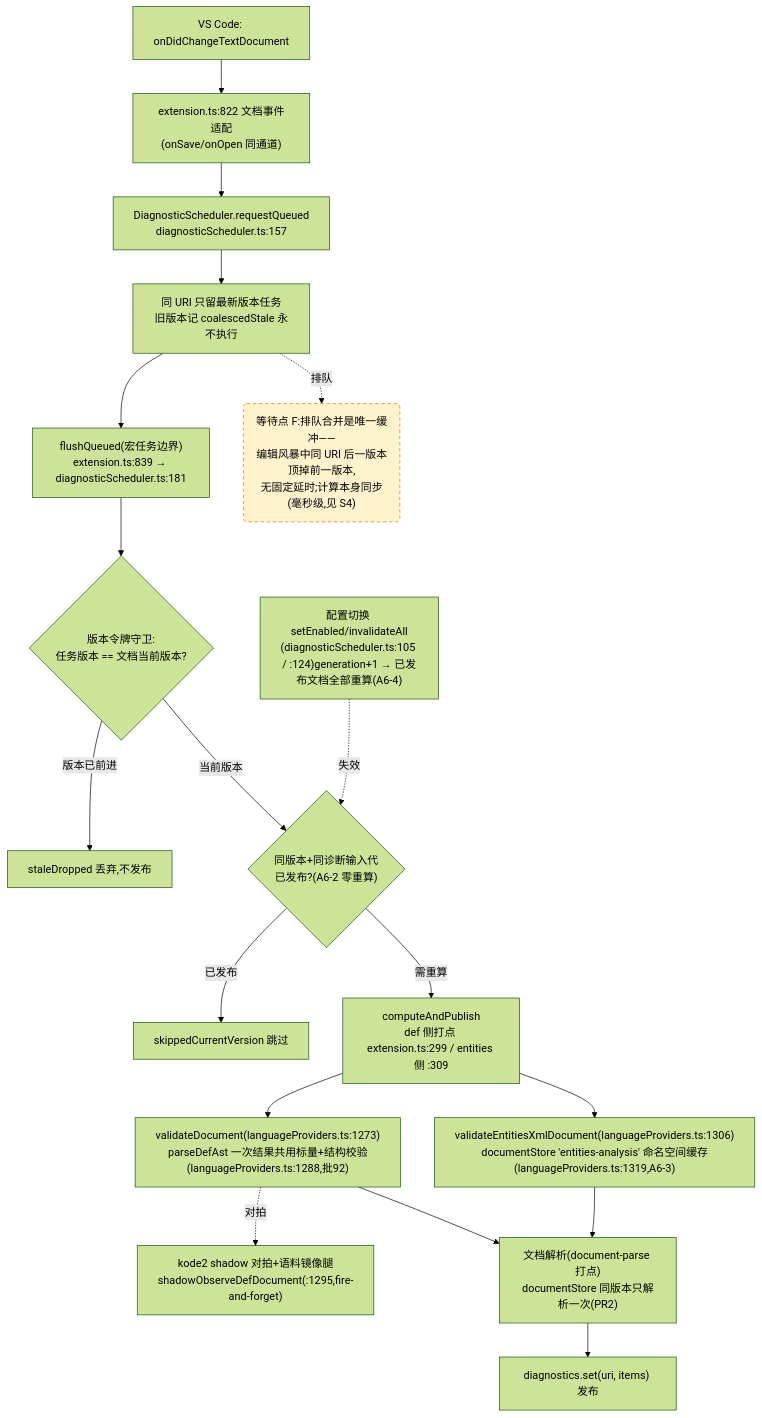
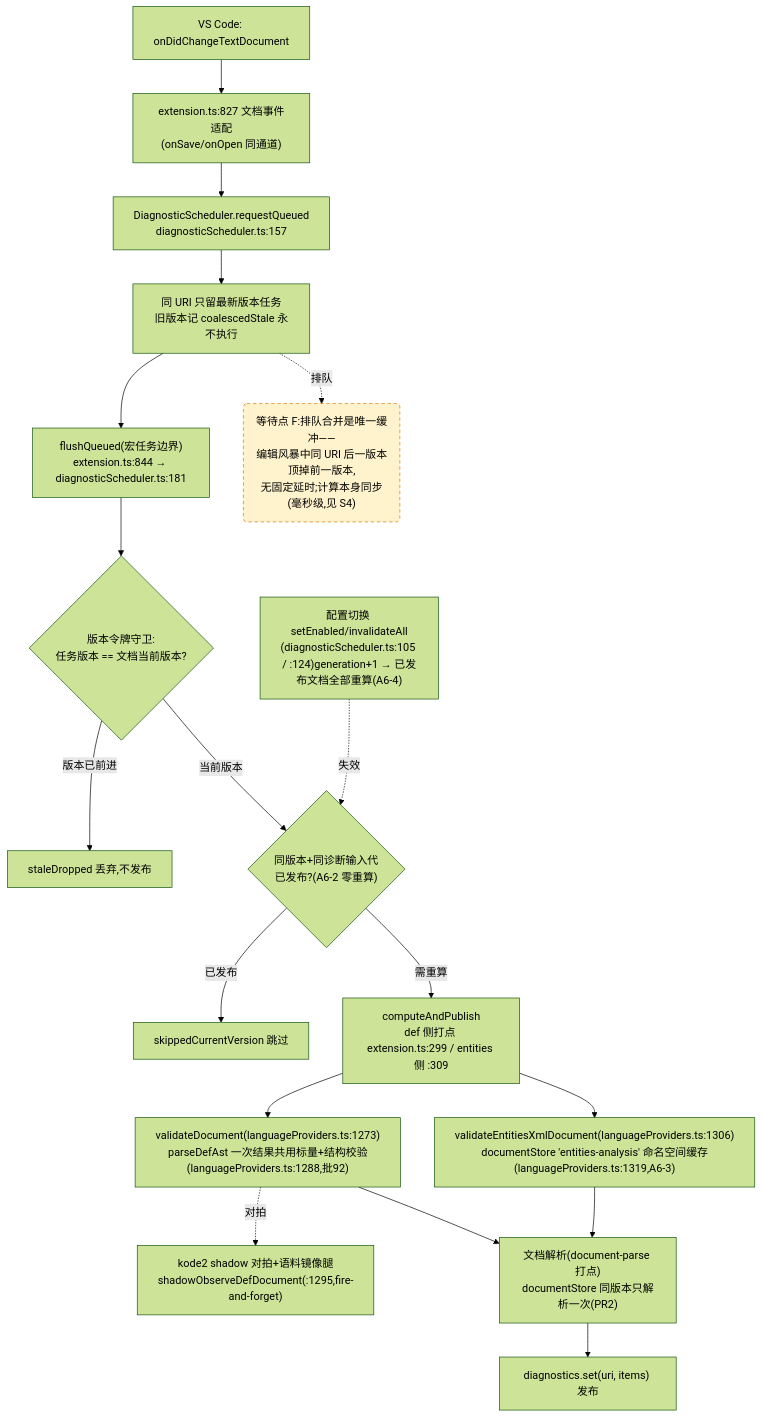
The fourth of 4 diagrams in docs/perf/2026-baseline.md (cuihairu/kode), drawn with Mermaid (forest theme) before and after one commit. The commit also changed 5 other files, not shown here.

````diff
--- a/docs/perf/2026-baseline.md
+++ b/docs/perf/2026-baseline.md
@@ -214,38 +214,38 @@
 ```mermaid
 flowchart TD
   CHG["VS Code: onDidChangeTextDocument"]
-  WATCH["extension.ts:822 文档事件适配<br/>(onSave/onOpen 同通道)"]
+  WATCH["extension.ts:827 文档事件适配<br/>(onSave/onOpen 同通道)"]
   RQ["DiagnosticScheduler.requestQueued<br/>diagnosticScheduler.ts:157"]
   CO["同 URI 只留最新版本任务<br/>旧版本记 coalescedStale 永不执行"]
-  FL["flushQueued(宏任务边界)<br/>extension.ts:839 → diagnosticScheduler.ts:181"]
+  FL["flushQueued(宏任务边界)<br/>extension.ts:844 → diagnosticScheduler.ts:181"]
   VG{"版本令牌守卫:<br/>任务版本 == 文档当前版本?"}
   DROP["staleDropped 丢弃,不发布"]
   GEN{"同版本+同诊断输入代<br/>已发布?(A6-2 零重算)"}
   SKIP["skippedCurrentVersion 跳过"]
   CALC["computeAndPublish<br/>def 侧打点 extension.ts:299 / entities 侧 :309"]
   VD["validateDocument(languageProviders.ts:1273)<br/>parseDefAst 一次结果共用标量+结构校验(languageProviders.ts:1288,批92)"]
   VEX["validateEntitiesXmlDocument(languageProviders.ts:1306)<br/>documentStore 'entities-analysis' 命名空间缓存(languageProviders.ts:1319,A6-3)"]
   SHDD["kode2 shadow 对拍+语料镜像腿<br/>shadowObserveDefDocument(:1295,fire-and-forget)"]
   DS["文档解析(document-parse 打点)<br/>documentStore 同版本只解析一次(PR2)"]
   PUB["diagnostics.set(uri, items) 发布"]
   CFG2["配置切换 setEnabled/invalidateAll<br/>(diagnosticScheduler.ts:105 / :124)generation+1 → 已发布文档全部重算(A6-4)"]
 
   CHG --> WATCH --> RQ --> CO --> FL --> VG
   VG -- "版本已前进" --> DROP
   VG -- "当前版本" --> GEN
   GEN -- "已发布" --> SKIP
   GEN -- "需重算" --> CALC
   CALC --> VD
   CALC --> VEX
   VD --> DS
   VEX --> DS
   DS --> PUB
   VD -.->|对拍| SHDD
   CFG2 -.->|失效| GEN
 
   WAITF("等待点 F:排队合并是唯一缓冲——<br/>编辑风暴中同 URI 后一版本顶掉前一版本,<br/>无固定延时;计算本身同步(毫秒级,见 S4)")
   CO -.->|排队| WAITF
 
   classDef waitPoint fill:#fff3cd,stroke:#d97706,stroke-dasharray:5 4;
   class WAITF waitPoint;
 ```
````
